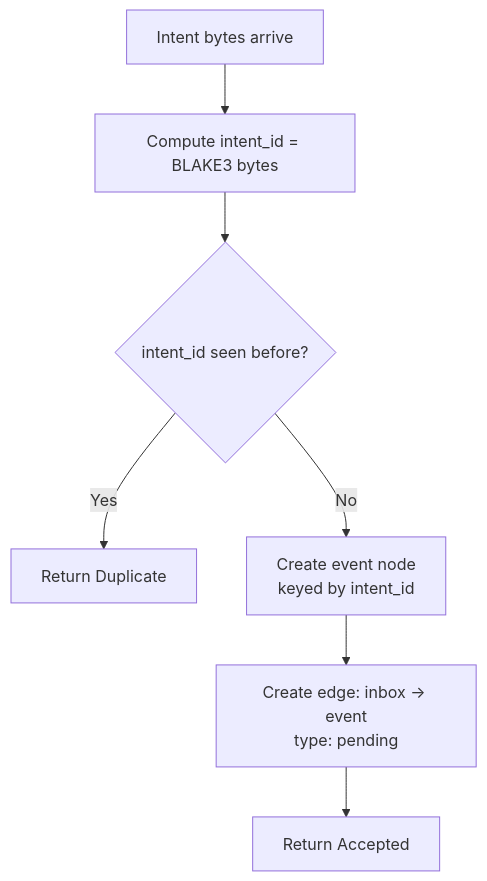
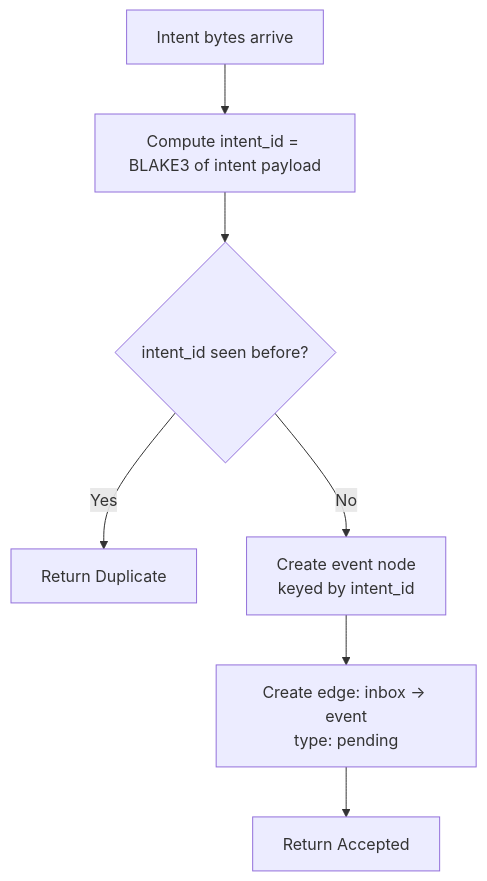
The diagram in docs/study/diagrams/tour-13.mmd (flyingrobots/echo), drawn with Mermaid before and after one commit. The commit also changed 45 other files, not shown here.

First line of the commit message:
docs: fix Mermaid diagrams and visual atlas references

```diff
--- a/docs/study/diagrams/tour-13.mmd
+++ b/docs/study/diagrams/tour-13.mmd
@@ -1,7 +1,7 @@
 flowchart TD
-    A[Intent bytes arrive] --> B[Compute intent_id = BLAKE3 bytes]
+    A[Intent bytes arrive] --> B[Compute intent_id = BLAKE3 of intent payload]
     B --> C{intent_id seen before?}
     C -->|Yes| D[Return Duplicate]
     C -->|No| E[Create event node<br/>keyed by intent_id]
     E --> F[Create edge: inbox → event<br/>type: pending]
     F --> G[Return Accepted]
```
